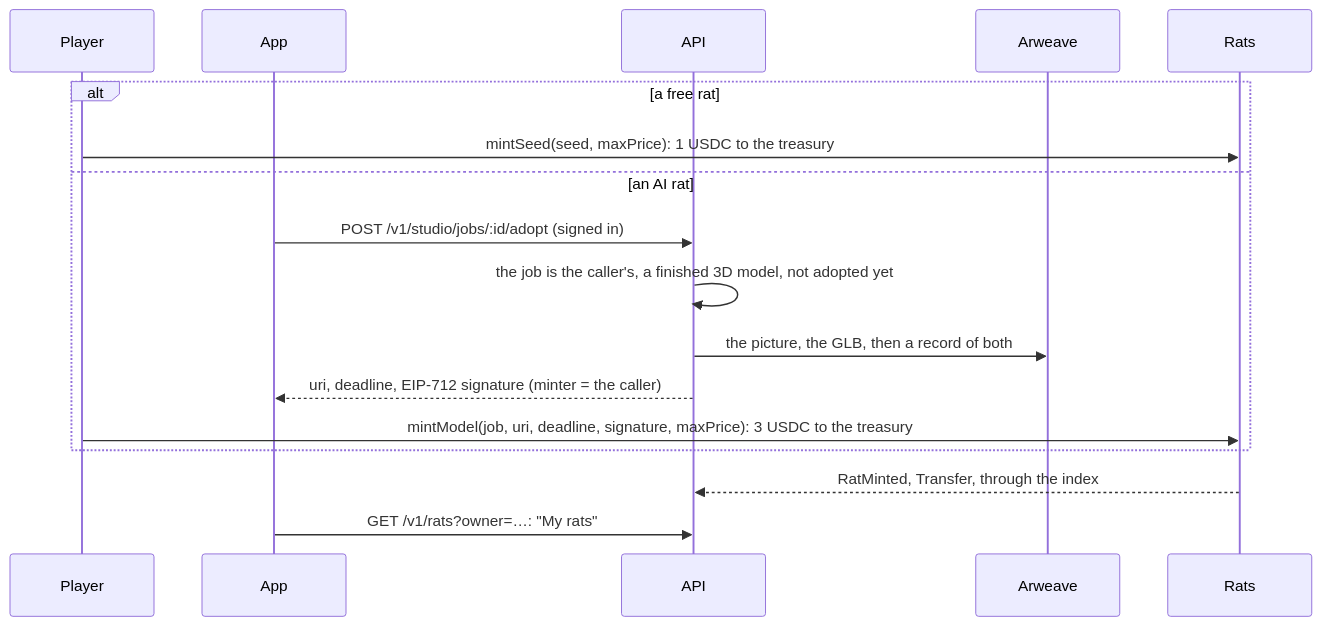
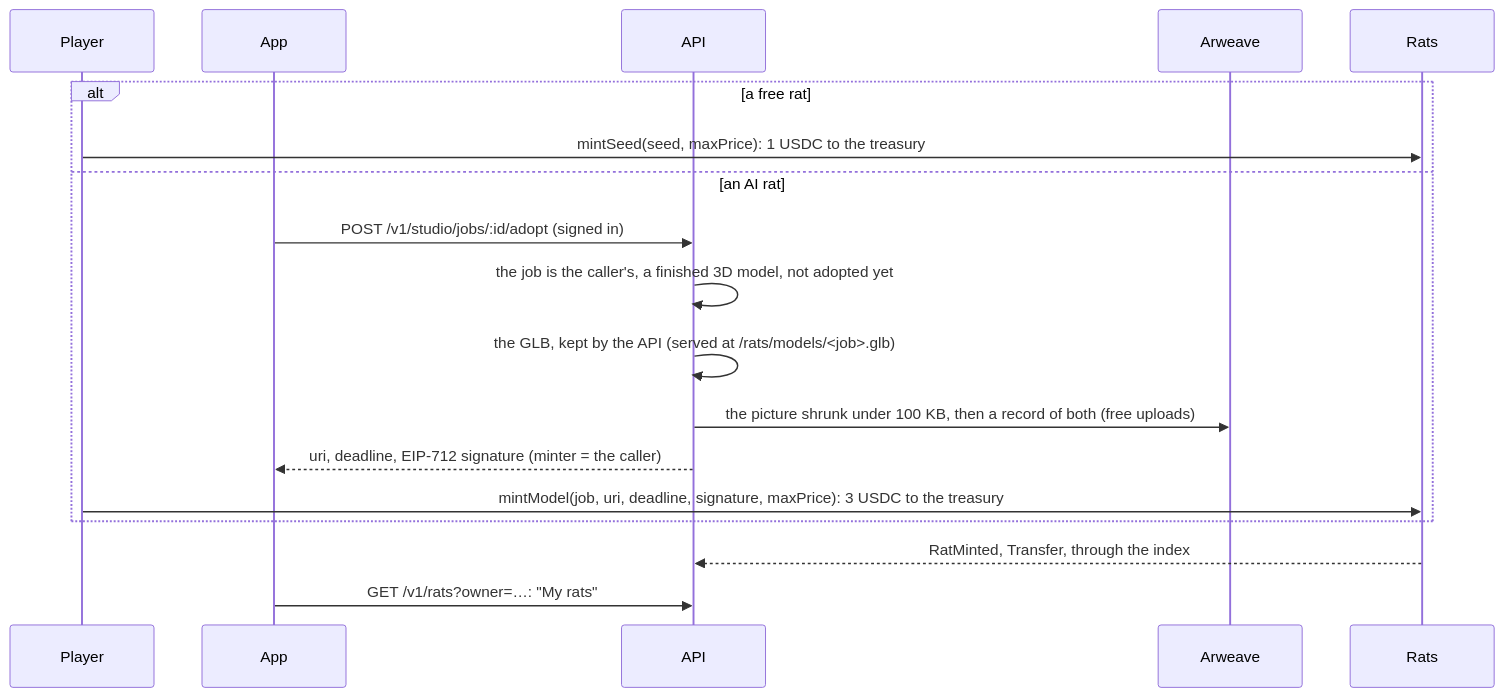
One commit to jecombe/do_not_open changed diagram 20 of 28 in docs/FLOWS.md. Above: the diagram before and after it, drawn with Mermaid. The commit also changed other lines of this file and 47 other files, not shown here.

Commit message:
Store an AI rat's picture on Arweave for free like the cats', and keep its 3D model with the API instead of paying for it

````diff
--- a/docs/FLOWS.md
+++ b/docs/FLOWS.md
@@ -671,19 +674,20 @@
 ```mermaid
 sequenceDiagram
   participant U as Player
   participant App
   participant API
   participant AR as Arweave
   participant R as Rats
   alt a free rat
     U->>R: mintSeed(seed, maxPrice): 1 USDC to the treasury
   else an AI rat
     App->>API: POST /v1/studio/jobs/:id/adopt (signed in)
     API->>API: the job is the caller's, a finished 3D model, not adopted yet
-    API->>AR: the picture, the GLB, then a record of both
+    API->>API: the GLB, kept by the API (served at /rats/models/<job>.glb)
+    API->>AR: the picture shrunk under 100 KB, then a record of both (free uploads)
     API-->>App: uri, deadline, EIP-712 signature (minter = the caller)
     U->>R: mintModel(job, uri, deadline, signature, maxPrice): 3 USDC to the treasury
   end
   R-->>API: RatMinted, Transfer, through the index
   App->>API: GET /v1/rats?owner=…: "My rats"
 ```
````
